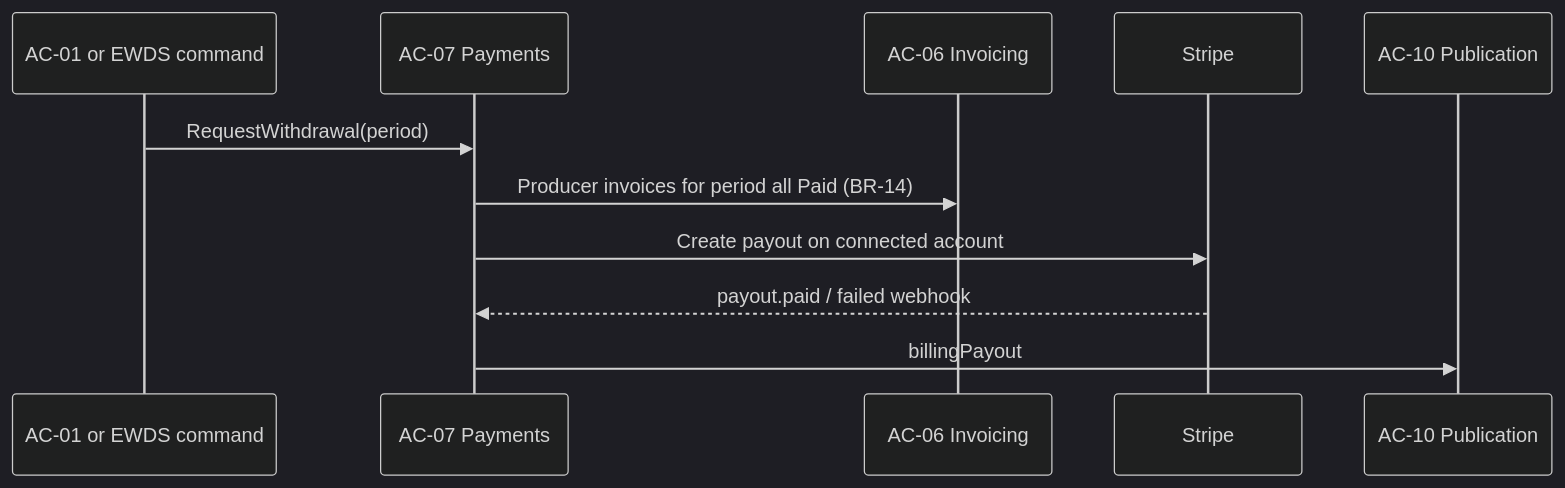
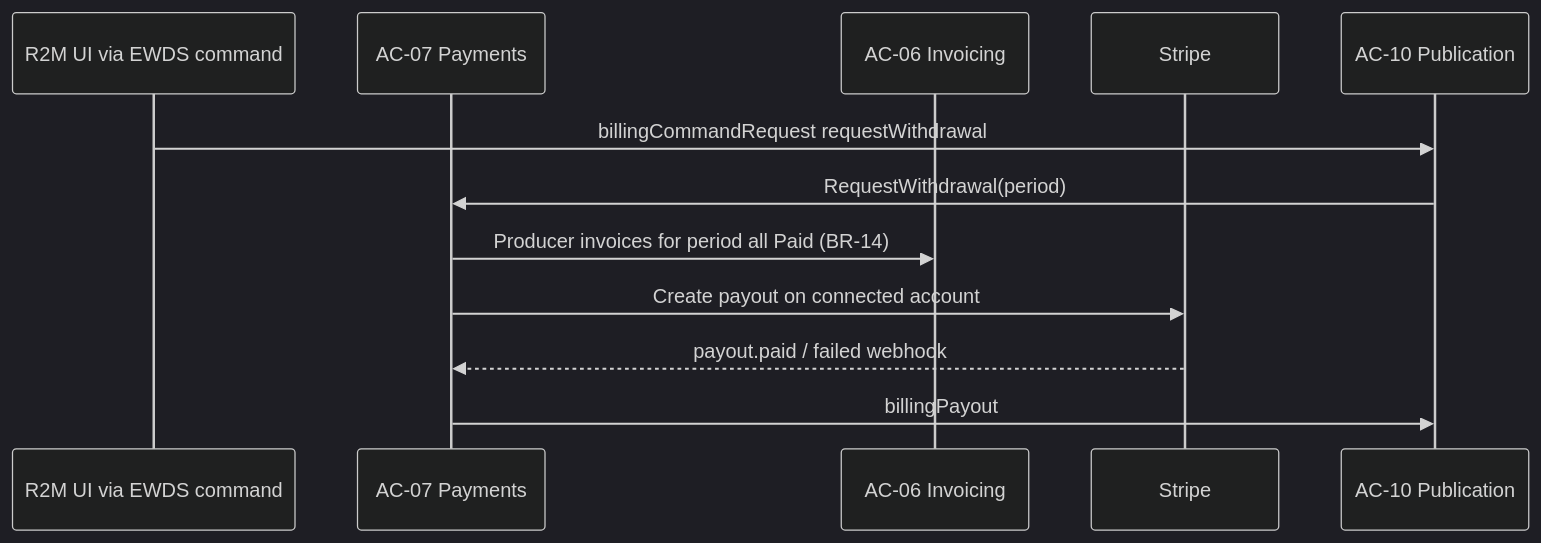
One commit to blooo-io/intelligent-eu-bps-source changed the seventh of 7 diagrams in docs/architecture/03-application-architecture.md. Above: the diagram before and after it, drawn with Mermaid (dark theme). The commit also changed other lines of this file and 1 other file, not shown here.

First line of the commit message:
fix(INT-469): Mermaid 12 Note semicolons break S9/S12 diagrams (#247)

````diff
--- a/docs/architecture/03-application-architecture.md
+++ b/docs/architecture/03-application-architecture.md
@@ -368,13 +369,14 @@
 ```mermaid
 sequenceDiagram
-  participant WEB as AC-01 or EWDS command
+  participant R2M as R2M UI via EWDS command
   participant PAY as AC-07 Payments
   participant INV as AC-06 Invoicing
   participant STR as Stripe
   participant PUB as AC-10 Publication
-  WEB->>PAY: RequestWithdrawal(period)
+  R2M->>PUB: billingCommandRequest requestWithdrawal
+  PUB->>PAY: RequestWithdrawal(period)
   PAY->>INV: Producer invoices for period all Paid (BR-14)
   PAY->>STR: Create payout on connected account
   STR-->>PAY: payout.paid / failed webhook
   PAY->>PUB: billingPayout
 ```
````
